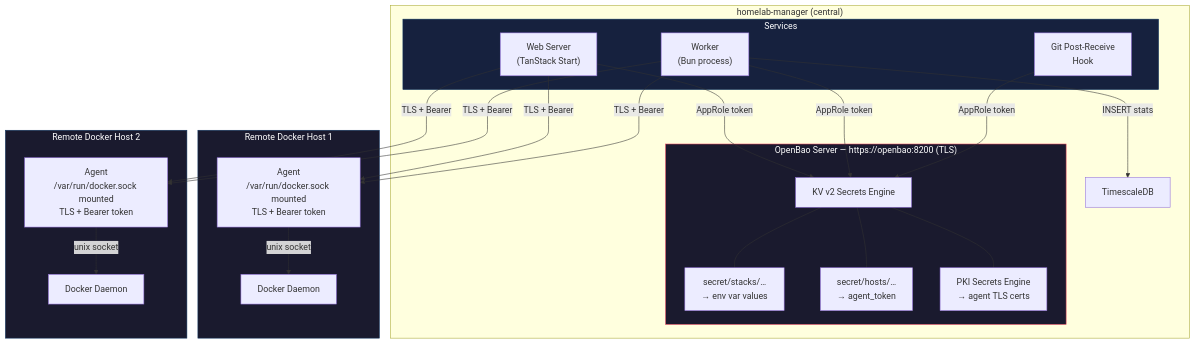
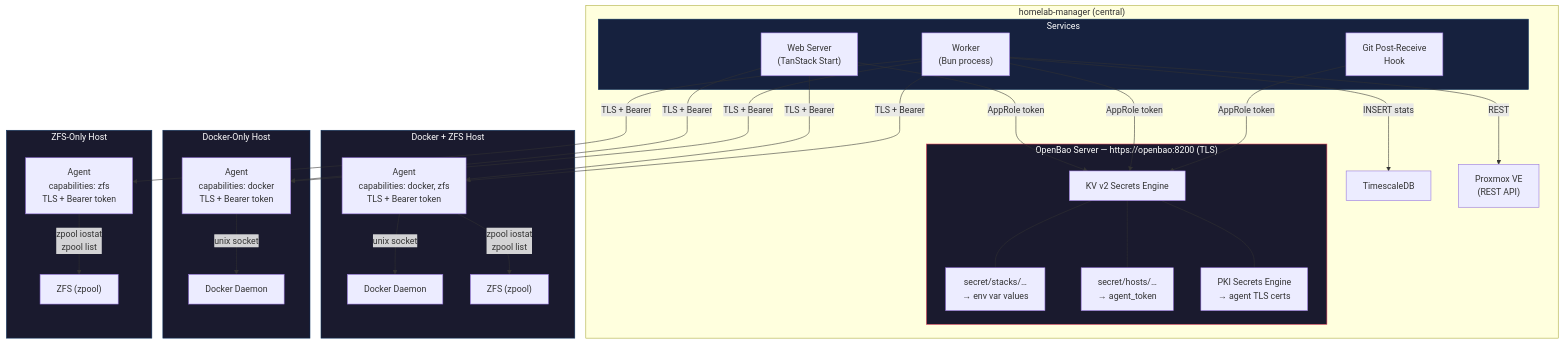
The eighth of 10 diagrams in docs/openbao-architecture.md (jaredglaser/homelab-manager), drawn with Mermaid before and after one commit. The commit also changed other lines of this file and 1 other file, not shown here.

First line of the commit message:
docs: evolve agent into universal homelab sidecar

````diff
--- a/docs/openbao-architecture.md
+++ b/docs/openbao-architecture.md
@@ -265,49 +270,61 @@
 ```mermaid
 graph TB
     subgraph homelab["homelab-manager (central)"]
         subgraph consumers["Services"]
             WEB["Web Server<br/>(TanStack Start)"]
             WORKER["Worker<br/>(Bun process)"]
             GIT["Git Post-Receive<br/>Hook"]
         end
 
         subgraph bao["OpenBao Server — https://openbao:8200 (TLS)"]
             KV["KV v2 Secrets Engine"]
             STACKS_S["secret/stacks/…<br/>→ env var values"]
             HOSTS_S["secret/hosts/…<br/>→ agent_token"]
             PKI["PKI Secrets Engine<br/>→ agent TLS certs"]
             KV --- STACKS_S
             KV --- HOSTS_S
             KV --- PKI
         end
 
         DB["TimescaleDB"]
+        PROXMOX_API["Proxmox VE<br/>(REST API)"]
 
         WEB -->|"AppRole token"| KV
         WORKER -->|"AppRole token"| KV
         GIT -->|"AppRole token"| KV
+        WORKER -->|"REST"| PROXMOX_API
+        WORKER -->|"INSERT stats"| DB
     end
 
-    subgraph host1["Remote Docker Host 1"]
-        A1["Agent<br/>/var/run/docker.sock mounted<br/>TLS + Bearer token"]
+    subgraph host1["Docker + ZFS Host"]
+        A1["Agent<br/>capabilities: docker, zfs<br/>TLS + Bearer token"]
         D1["Docker Daemon"]
+        Z1["ZFS (zpool)"]
         A1 -->|"unix socket"| D1
+        A1 -->|"zpool iostat<br/>zpool list"| Z1
     end
 
-    subgraph host2["Remote Docker Host 2"]
-        A2["Agent<br/>/var/run/docker.sock mounted<br/>TLS + Bearer token"]
+    subgraph host2["Docker-Only Host"]
+        A2["Agent<br/>capabilities: docker<br/>TLS + Bearer token"]
         D2["Docker Daemon"]
         A2 -->|"unix socket"| D2
+    end
+
+    subgraph host3["ZFS-Only Host"]
+        A3["Agent<br/>capabilities: zfs<br/>TLS + Bearer token"]
+        Z3["ZFS (zpool)"]
+        A3 -->|"zpool iostat<br/>zpool list"| Z3
     end
 
     WEB -->|"TLS + Bearer"| A1
     WEB -->|"TLS + Bearer"| A2
     WORKER -->|"TLS + Bearer"| A1
     WORKER -->|"TLS + Bearer"| A2
-    WORKER -->|"INSERT stats"| DB
+    WORKER -->|"TLS + Bearer"| A3
 
     style bao fill:#1a1a2e,stroke:#e94560,color:#fff
     style consumers fill:#16213e,stroke:#0f3460,color:#fff
     style host1 fill:#1a1a2e,stroke:#0f3460,color:#fff
     style host2 fill:#1a1a2e,stroke:#0f3460,color:#fff
+    style host3 fill:#1a1a2e,stroke:#0f3460,color:#fff
 ```
````
